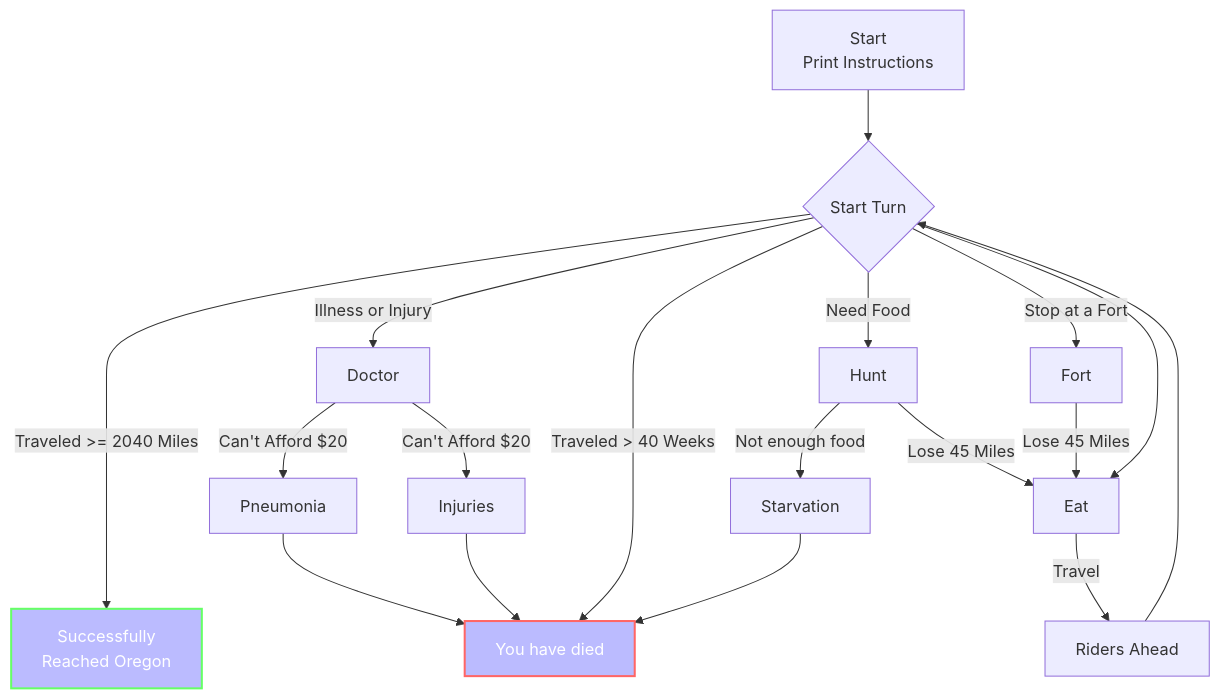
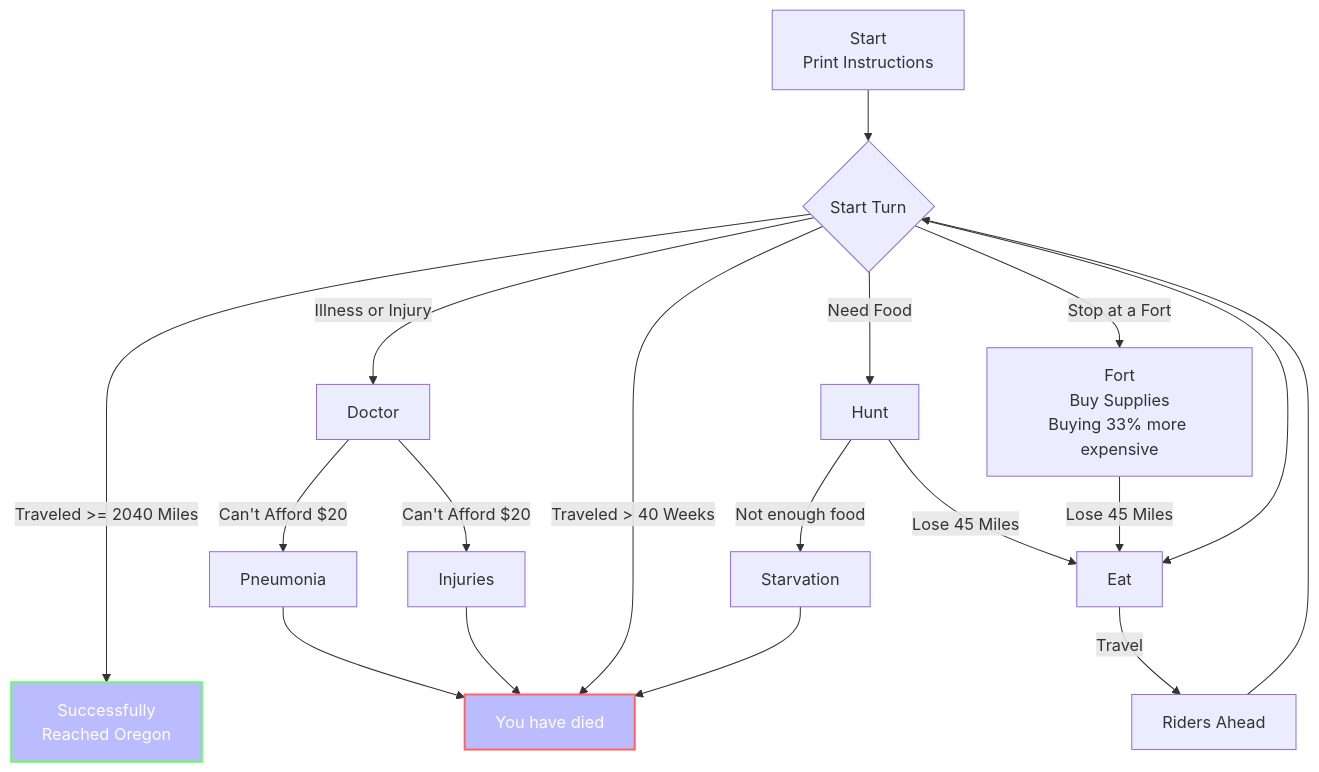
One commit to quantifex/rust_oregontrail_1978 changed the diagram in README.md. Above: the diagram before and after it, drawn with Mermaid. The commit also changed 12 other files, not shown here.

````diff
--- a/README.md
+++ b/README.md
@@ -6,27 +6,27 @@
 ```mermaid
 graph TD
     A[Start<br>Print Instructions] --> Turn{Start Turn};
     Turn ---->|Traveled >= 2040 Miles| Oregon[Successfully<br>Reached Oregon];
 
     Turn -->|Illness or Injury| Doctor;
     Doctor --> |Can't Afford $20| Pneumonia;
     Doctor --> |Can't Afford $20| Injuries;
     Pneumonia --> Death;
     Injuries --> Death;
 
     Turn ---->|Traveled > 40 Weeks| Death[You have died];
 
     Turn -->|Need Food| Hunt[Hunt];
-    Turn -->|Stop at a Fort| Fort[Fort];
+    Turn -->|Stop at a Fort| Fort[Fort<br>Buy Supplies<br>Buying 33% more expensive];
     Turn --> E[Eat];
     E -->|Travel| R[Riders Ahead];
     R --> Turn;
     Fort -->|Lose 45 Miles| E;
     Hunt -->|Not enough food| Starve[Starvation]
     Hunt -->|Lose 45 Miles| E;
     Starve --> Death
 
     style Oregon fill:#bbf,stroke:#6f6,stroke-width:2px,color:#fff,stroke-thick: 5 5
     style Death fill:#bbf,stroke:#f66,stroke-width:2px,color:#fff,stroke-thick: 5 5
 
 ```
````
